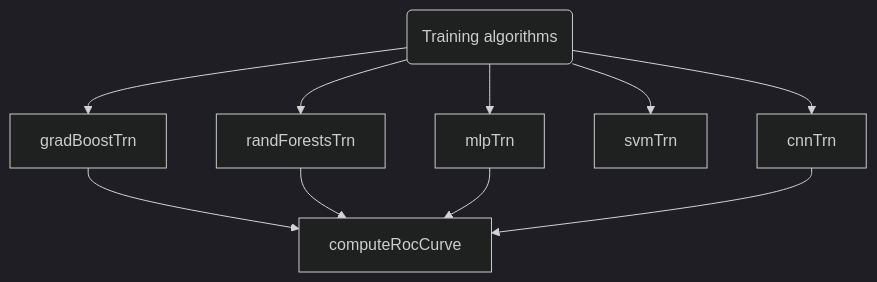
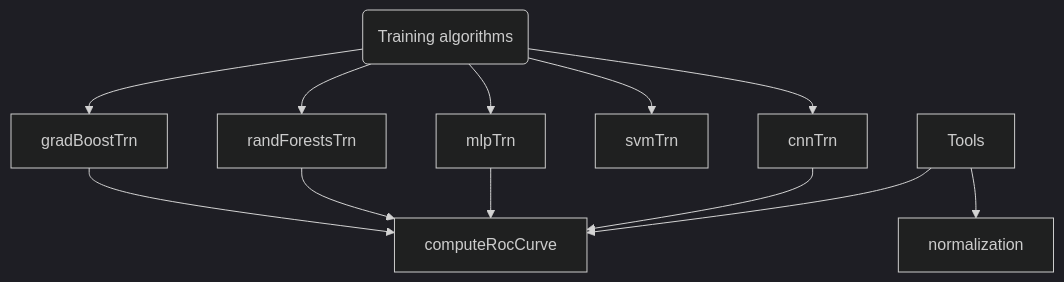
The diagram in docs/documentation/algorithms/training-methods/overview.md (HES-XPLAIN/hes-xplain.github.io), drawn with Mermaid (dark theme) before and after one commit. The commit also changed other lines of this file and 9 other files, not shown here.

````diff
--- a/docs/documentation/algorithms/training-methods/overview.md
+++ b/docs/documentation/algorithms/training-methods/overview.md
@@ -12,19 +12,21 @@
 ```mermaid
 graph TD;
     gradBoostTrn[gradBoostTrn] 
     randForestsTrn[randForestsTrn] 
     mlpTrn[mlpTrn] 
     svmTrn[svmTrn]
     computeRocCurve[computeRocCurve]
     cnnTrn[cnnTrn]
 
     d(Training algorithms) --> gradBoostTrn;
     d --> randForestsTrn;
     d --> mlpTrn;
     d --> svmTrn;
     d --> cnnTrn;
     gradBoostTrn --> computeRocCurve;
     randForestsTrn --> computeRocCurve;
     mlpTrn --> computeRocCurve;
     cnnTrn --> computeRocCurve;
+    Tools --> normalization;
+    Tools --> computeRocCurve;
 ```
````
